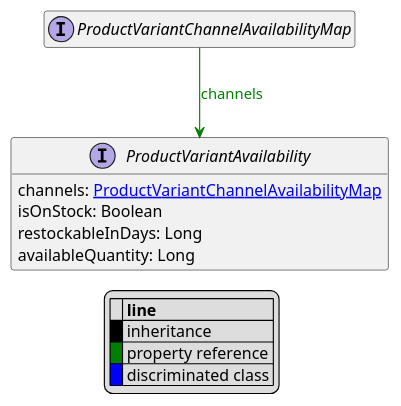
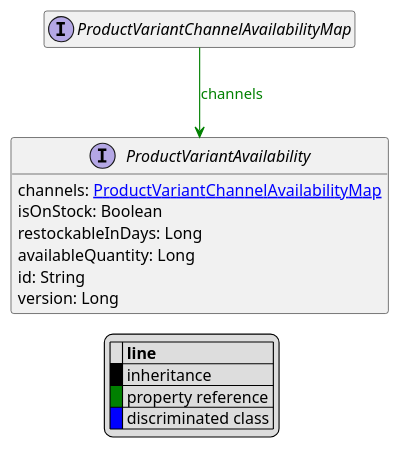
Before and after one commit to commercetools/commercetools-api-reference: the diagram in uml/api/ProductVariantChannelAvailabilityMap.puml, drawn with PlantUML. The commit also changed 4 other files, not shown here.

```diff
--- a/uml/api/ProductVariantChannelAvailabilityMap.puml
+++ b/uml/api/ProductVariantChannelAvailabilityMap.puml
@@ -1,24 +1,26 @@
 @startuml
 
 hide empty fields
 hide empty methods
 legend
 |= |= line |
 |<back:black>   </back>| inheritance |
 |<back:green>   </back>| property reference |
 |<back:blue>   </back>| discriminated class |
 endlegend
 interface ProductVariantChannelAvailabilityMap [[ProductVariantChannelAvailabilityMap.svg]]  {
 }
 
 
 
 interface ProductVariantAvailability [[ProductVariantAvailability.svg]]  {
     channels: [[ProductVariantChannelAvailabilityMap.svg ProductVariantChannelAvailabilityMap]]
     isOnStock: Boolean
     restockableInDays: Long
     availableQuantity: Long
+    id: String
+    version: Long
 }
 
 ProductVariantChannelAvailabilityMap --> ProductVariantAvailability #green;text:green : "channels"
 @enduml
```
